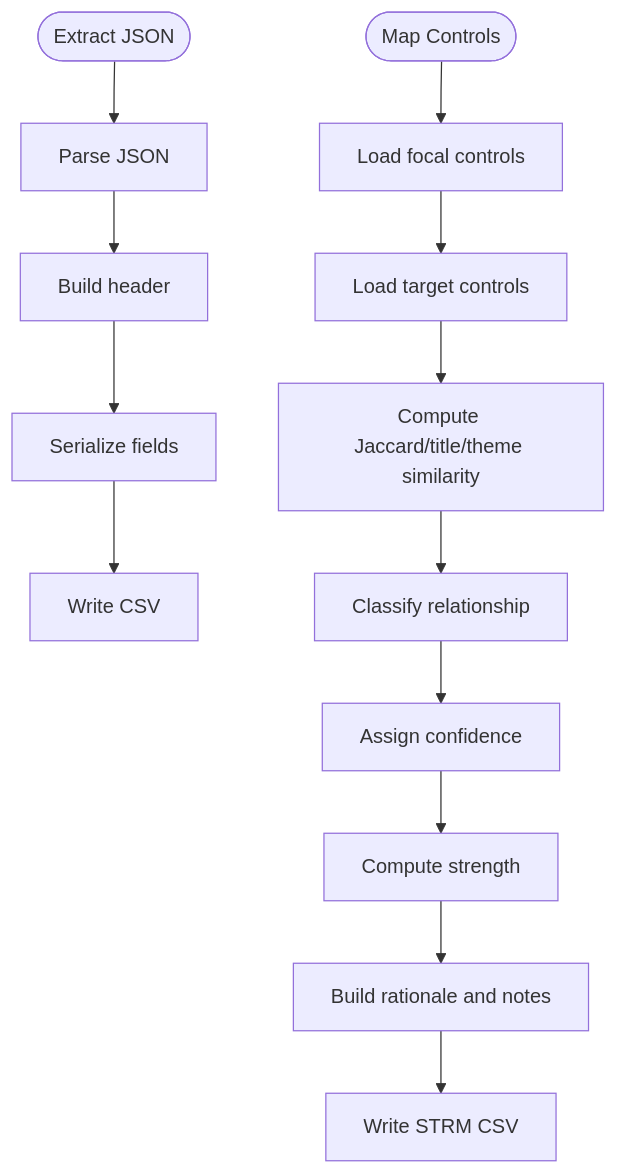
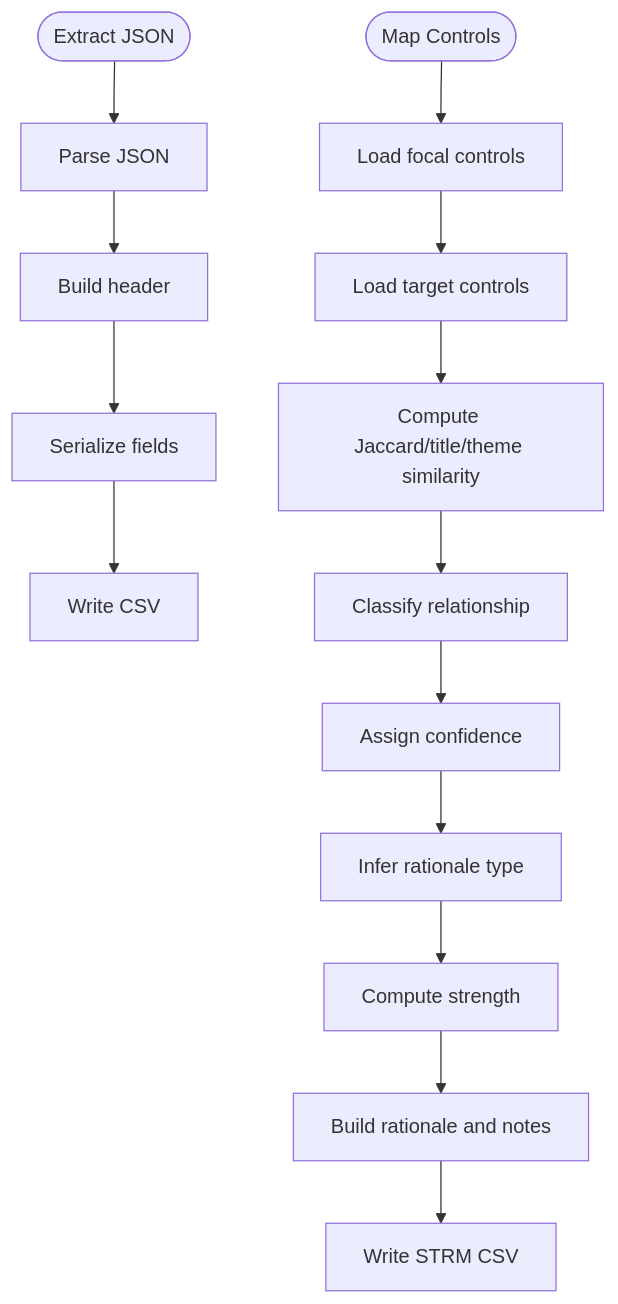
Before and after one commit to austinsonger/GRC-Mapping-Analyst: the fourth of 8 diagrams in .qoder/repowiki/en/content/Core Processing Engine and Algorithms/Core Processing Engine and Algorithms.md, drawn with Mermaid. The commit also changed other lines of this file and 4 other files, not shown here.

````diff
--- a/.qoder/repowiki/en/content/Core Processing Engine and Algorithms/Core Processing Engine and Algorithms.md
+++ b/.qoder/repowiki/en/content/Core Processing Engine and Algorithms/Core Processing Engine and Algorithms.md
@@ -220,15 +236,16 @@
 ```mermaid
 flowchart TD
 EStart(["Extract JSON"]) --> Parse["Parse JSON"]
 Parse --> BuildHeader["Build header"]
 BuildHeader --> Serialize["Serialize fields"]
 Serialize --> WriteE["Write CSV"]
 MStart(["Map Controls"]) --> LoadSrc["Load focal controls"]
 LoadSrc --> LoadTgt["Load target controls"]
 LoadTgt --> Similarity["Compute Jaccard/title/theme similarity"]
 Similarity --> Classify["Classify relationship"]
 Classify --> Confidence["Assign confidence"]
-Confidence --> Strength["Compute strength"]
+Confidence --> Rationale["Infer rationale type"]
+Rationale --> Strength["Compute strength"]
 Strength --> Notes["Build rationale and notes"]
 Notes --> WriteM["Write STRM CSV"]
 ```
````
